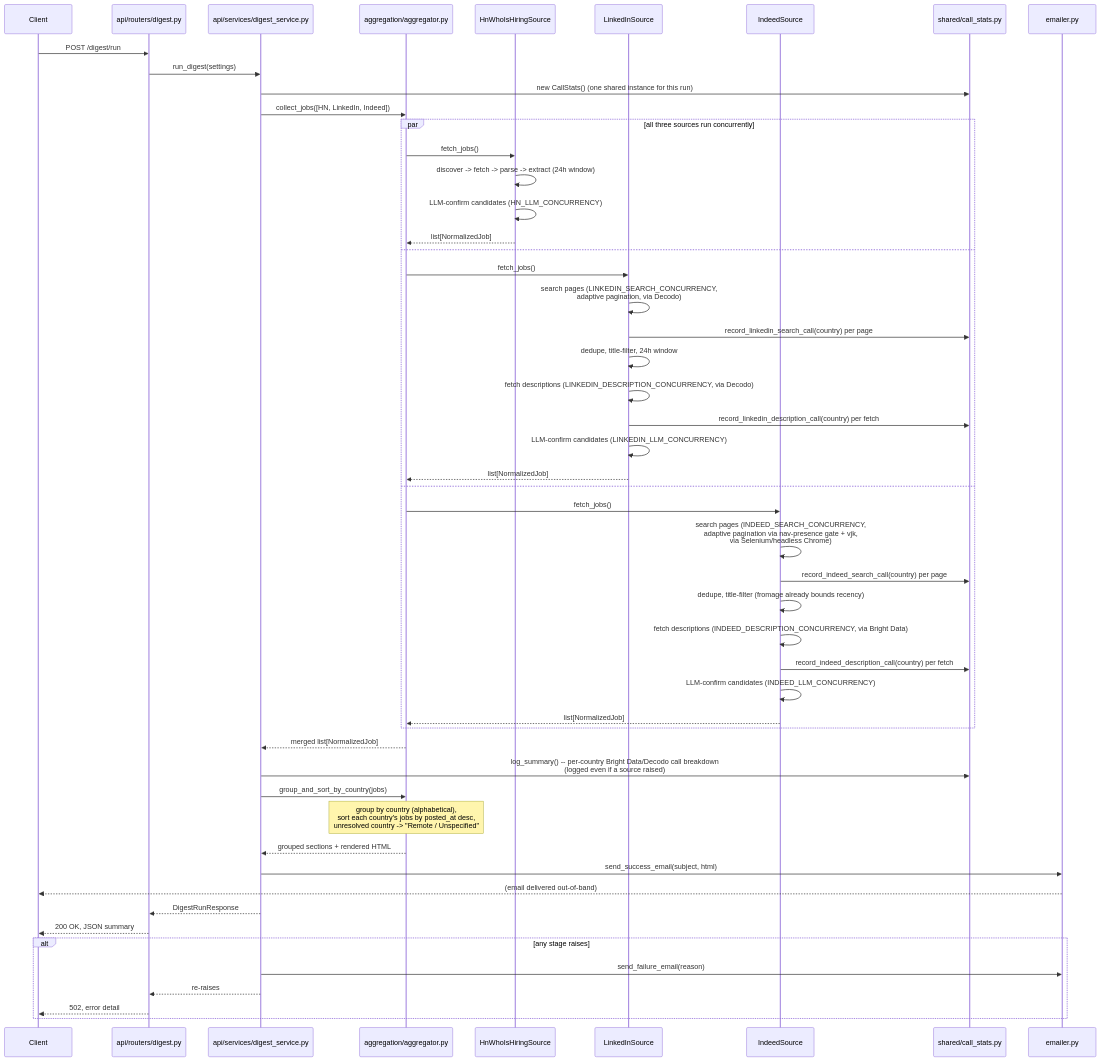
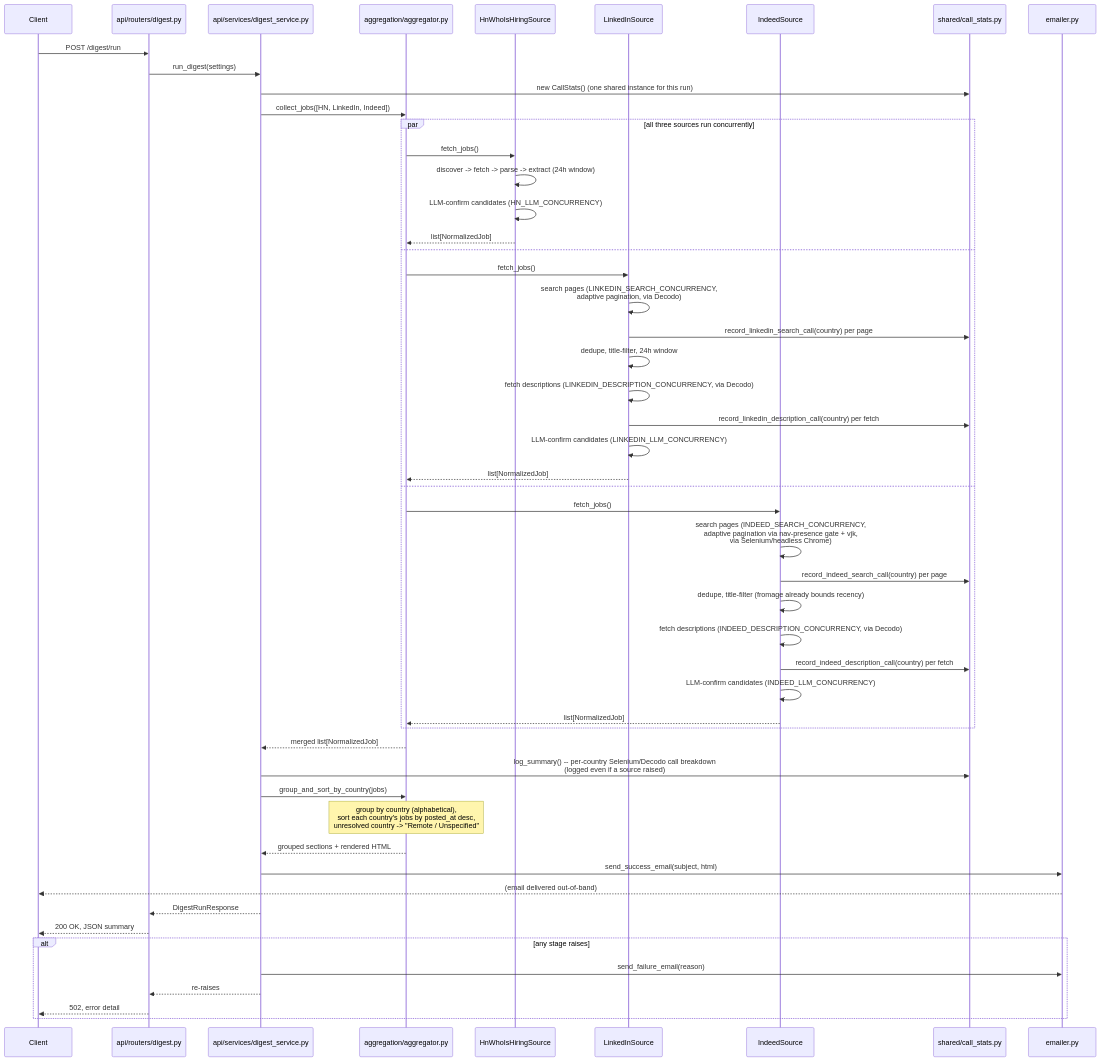
One commit to shubham-arora-18/visa_jobs_service changed the second of 2 diagrams in ARCHITECTURE.md. Above: the diagram before and after it, drawn with Mermaid. The commit also changed other lines of this file and 20 other files, not shown here.

First line of the commit message:
Remove Bright Data entirely; Indeed description pages now use Decodo

````diff
--- a/ARCHITECTURE.md
+++ b/ARCHITECTURE.md
@@ -108,56 +108,56 @@
 ```mermaid
 sequenceDiagram
     participant Client
     participant Router as api/routers/digest.py
     participant Service as api/services/digest_service.py
     participant Agg as aggregation/aggregator.py
     participant HN as HnWhoIsHiringSource
     participant LI as LinkedInSource
     participant IN as IndeedSource
     participant Stats as shared/call_stats.py
     participant Mail as emailer.py
 
     Client->>Router: POST /digest/run
     Router->>Service: run_digest(settings)
     Service->>Stats: new CallStats() (one shared instance for this run)
     Service->>Agg: collect_jobs([HN, LinkedIn, Indeed])
     par all three sources run concurrently
         Agg->>HN: fetch_jobs()
         HN->>HN: discover -> fetch -> parse -> extract (24h window)
         HN->>HN: LLM-confirm candidates (HN_LLM_CONCURRENCY)
         HN-->>Agg: list[NormalizedJob]
     and
         Agg->>LI: fetch_jobs()
         LI->>LI: search pages (LINKEDIN_SEARCH_CONCURRENCY,<br/>adaptive pagination, via Decodo)
         LI->>Stats: record_linkedin_search_call(country) per page
         LI->>LI: dedupe, title-filter, 24h window
         LI->>LI: fetch descriptions (LINKEDIN_DESCRIPTION_CONCURRENCY, via Decodo)
         LI->>Stats: record_linkedin_description_call(country) per fetch
         LI->>LI: LLM-confirm candidates (LINKEDIN_LLM_CONCURRENCY)
         LI-->>Agg: list[NormalizedJob]
     and
         Agg->>IN: fetch_jobs()
         IN->>IN: search pages (INDEED_SEARCH_CONCURRENCY,<br/>adaptive pagination via nav-presence gate + vjk,<br/>via Selenium/headless Chrome)
         IN->>Stats: record_indeed_search_call(country) per page
         IN->>IN: dedupe, title-filter (fromage already bounds recency)
-        IN->>IN: fetch descriptions (INDEED_DESCRIPTION_CONCURRENCY, via Bright Data)
+        IN->>IN: fetch descriptions (INDEED_DESCRIPTION_CONCURRENCY, via Decodo)
         IN->>Stats: record_indeed_description_call(country) per fetch
         IN->>IN: LLM-confirm candidates (INDEED_LLM_CONCURRENCY)
         IN-->>Agg: list[NormalizedJob]
     end
     Agg-->>Service: merged list[NormalizedJob]
-    Service->>Stats: log_summary() -- per-country Bright Data/Decodo call breakdown<br/>(logged even if a source raised)
+    Service->>Stats: log_summary() -- per-country Selenium/Decodo call breakdown<br/>(logged even if a source raised)
     Service->>Agg: group_and_sort_by_country(jobs)
     Note over Agg: group by country (alphabetical),<br/>sort each country's jobs by posted_at desc,<br/>unresolved country -> "Remote / Unspecified"
     Agg-->>Service: grouped sections + rendered HTML
     Service->>Mail: send_success_email(subject, html)
     Mail-->>Client: (email delivered out-of-band)
     Service-->>Router: DigestRunResponse
     Router-->>Client: 200 OK, JSON summary
 
     alt any stage raises
         Service->>Mail: send_failure_email(reason)
         Service-->>Router: re-raises
         Router-->>Client: 502, error detail
     end
 ```
````
